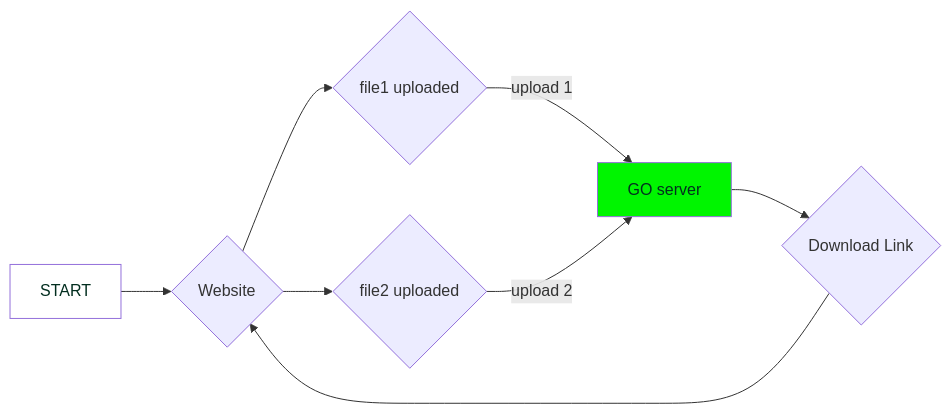
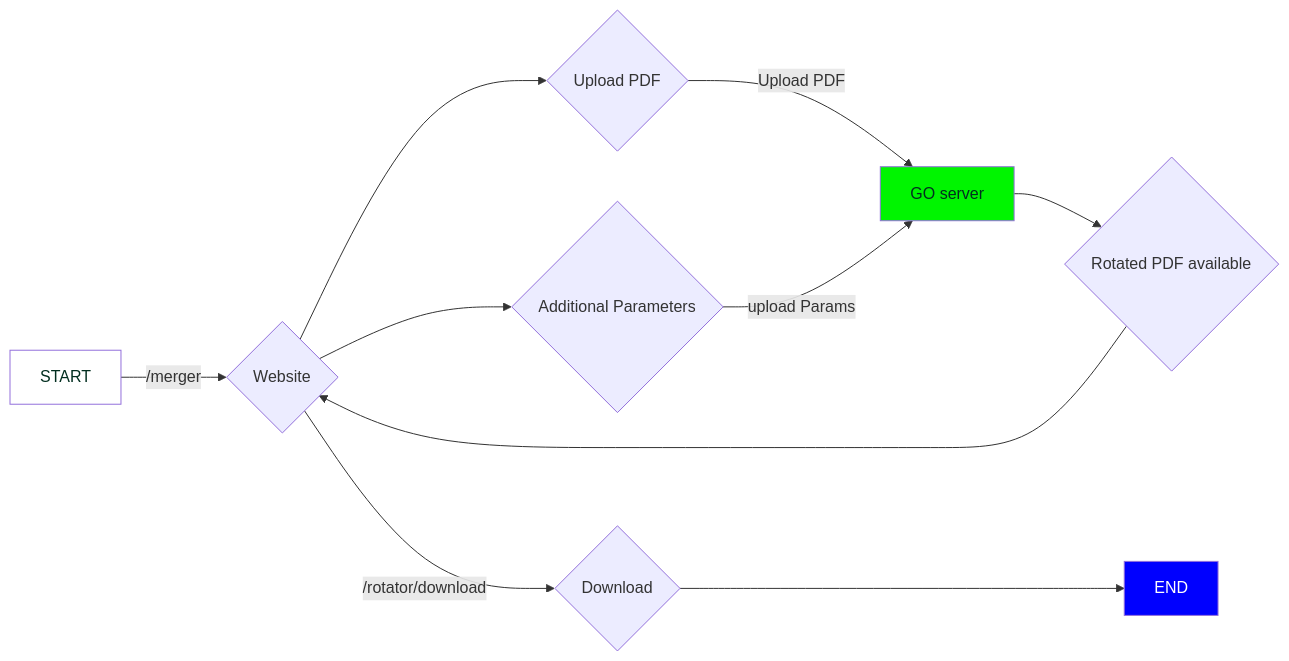
One commit to dipankardas011/PDF-Editor changed the second of 2 diagrams in README.md. Above: the diagram before and after it, drawn with Mermaid. The commit also changed other lines of this file and 6 other files, not shown here.

````diff
--- a/README.md
+++ b/README.md
@@ -136,18 +161,21 @@
 ```mermaid
 flowchart LR;
-    XX[START]:::white-->web{Website};
-    web{Website}-->B{file1 uploaded};
-    web{Website}-->C{file2 uploaded};
+    XX[START]:::white--/merger-->web{Website};
+    web{Website}-->B{Upload PDF};
+    web{Website}-->C{Additional Parameters};
     DD{Download Link}-->web{Website};
 
     classDef green color:#022e1f,fill:#00f500;
     classDef red color:#022e1f,fill:#f11111;
     classDef white color:#022e1f,fill:#fff;
     classDef black color:#fff,fill:#000;
+    classDef BLUE color:#fff,fill:#00f;
 
-    B--upload 1-->S[GO Server]:::green;
-    C--upload 2-->S[GO Server]:::green;
+    B--Upload PDF-->S[GO Server]:::green;
+    C--upload Params-->S[GO Server]:::green;
 
-    S[GO server]-->DD{Download Link}
+    S[GO server]-->DD{Rotated PDF available}
+    web--/rotator/download-->dd{Download};
+    dd--->YY[END]:::BLUE;
 
 ```
````
